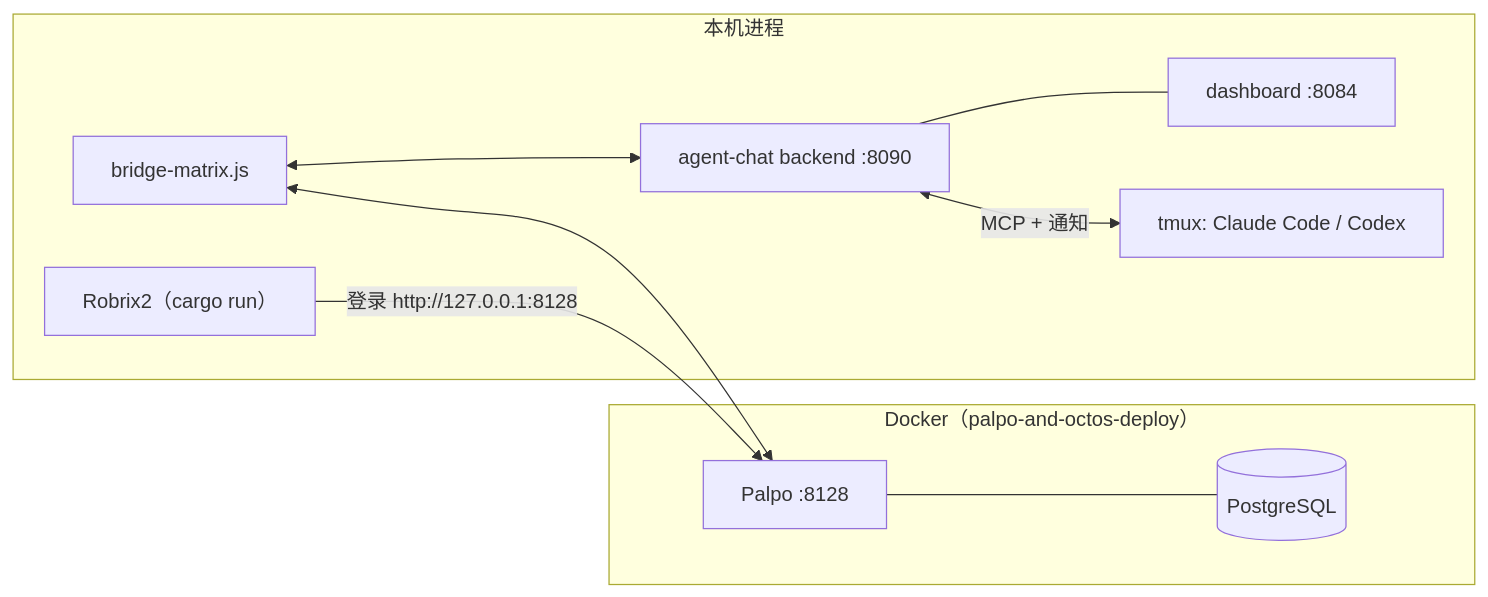
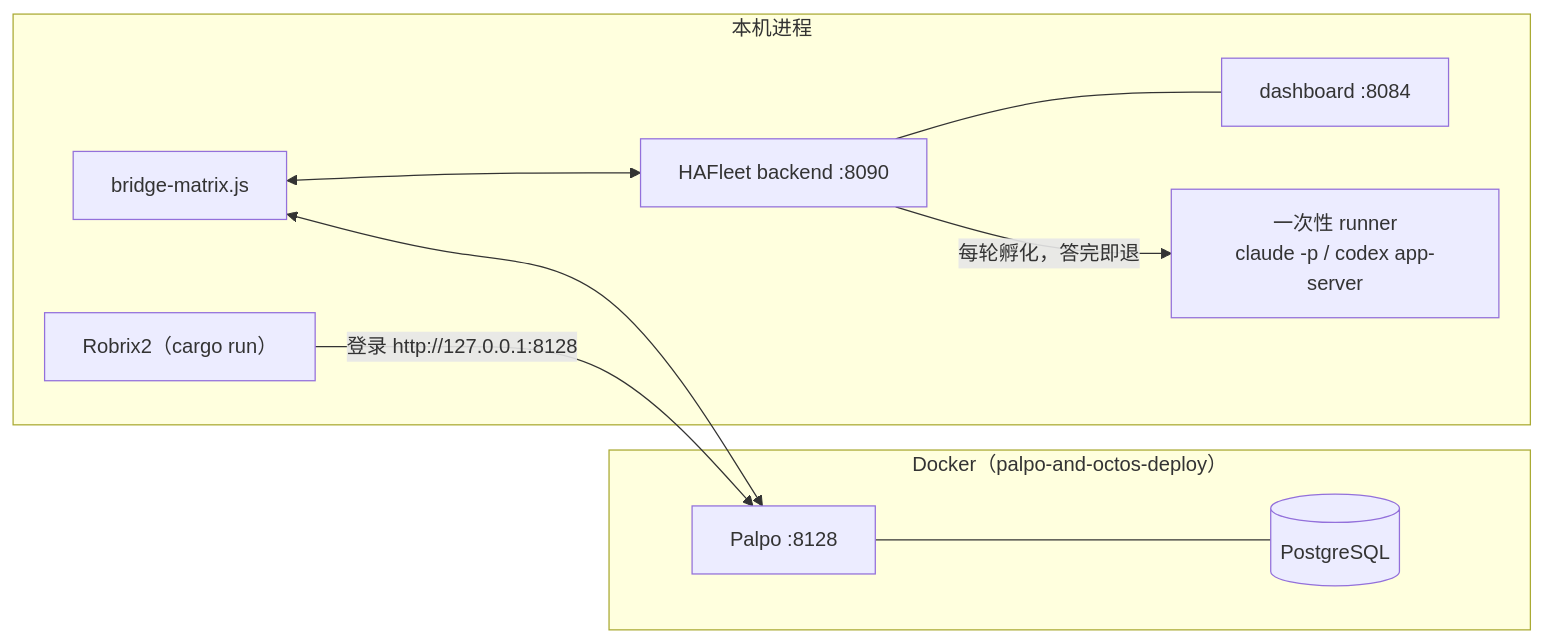
Before and after one commit to Project-Robius-China/robrix2: the diagram in book/zh/src/part2/deploy-local.md, drawn with Mermaid. The commit also changed other lines of this file and 7 other files, not shown here.

````diff
--- a/book/zh/src/part2/deploy-local.md
+++ b/book/zh/src/part2/deploy-local.md
@@ -7,20 +7,20 @@
 ```mermaid
 flowchart LR
     subgraph docker["Docker（palpo-and-octos-deploy）"]
         PG[("PostgreSQL")]
         PALPO["Palpo :8128"]
         PALPO --- PG
     end
     subgraph local["本机进程"]
         ROBRIX["Robrix2（cargo run）"]
-        BE["agent-chat backend :8090"]
+        BE["HAFleet backend :8090"]
         DASH["dashboard :8084"]
         BRIDGE["bridge-matrix.js"]
-        TMUX["tmux: Claude Code / Codex"]
+        RUNNER["一次性 runner<br/>claude -p / codex app-server"]
     end
     ROBRIX -->|登录 http://127.0.0.1:8128| PALPO
     BRIDGE <--> PALPO
     BRIDGE <--> BE
     BE --- DASH
-    BE <-->|MCP + 通知| TMUX
+    BE -->|每轮孵化，答完即退| RUNNER
 ```
````
